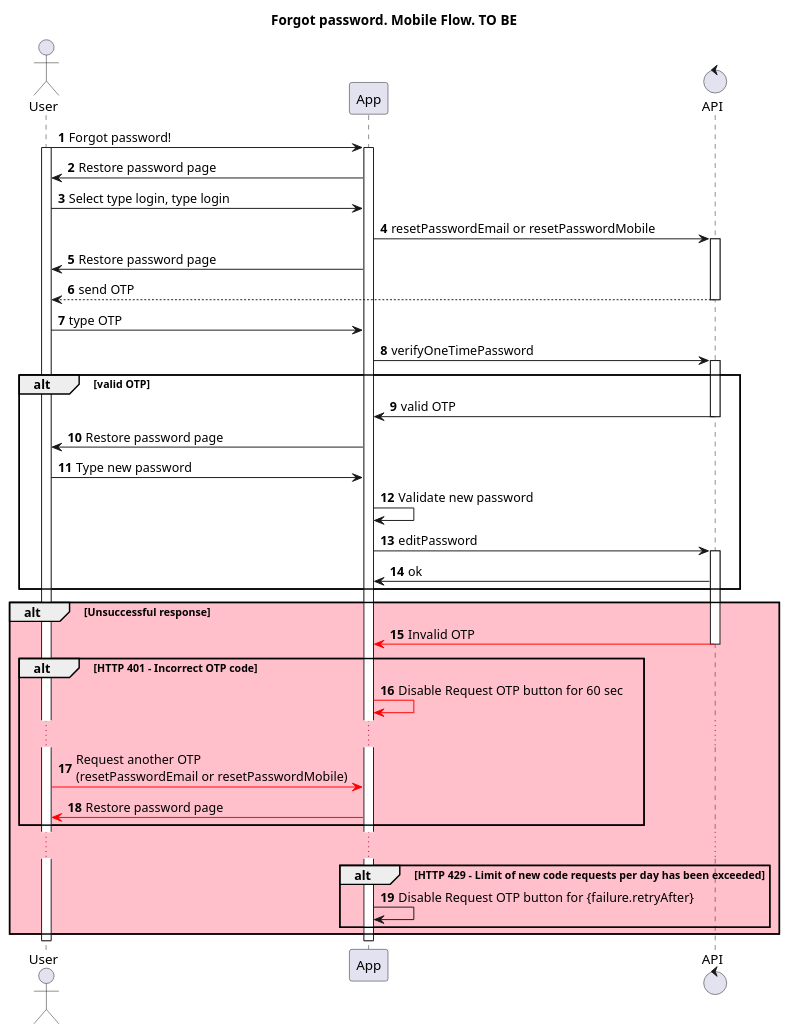
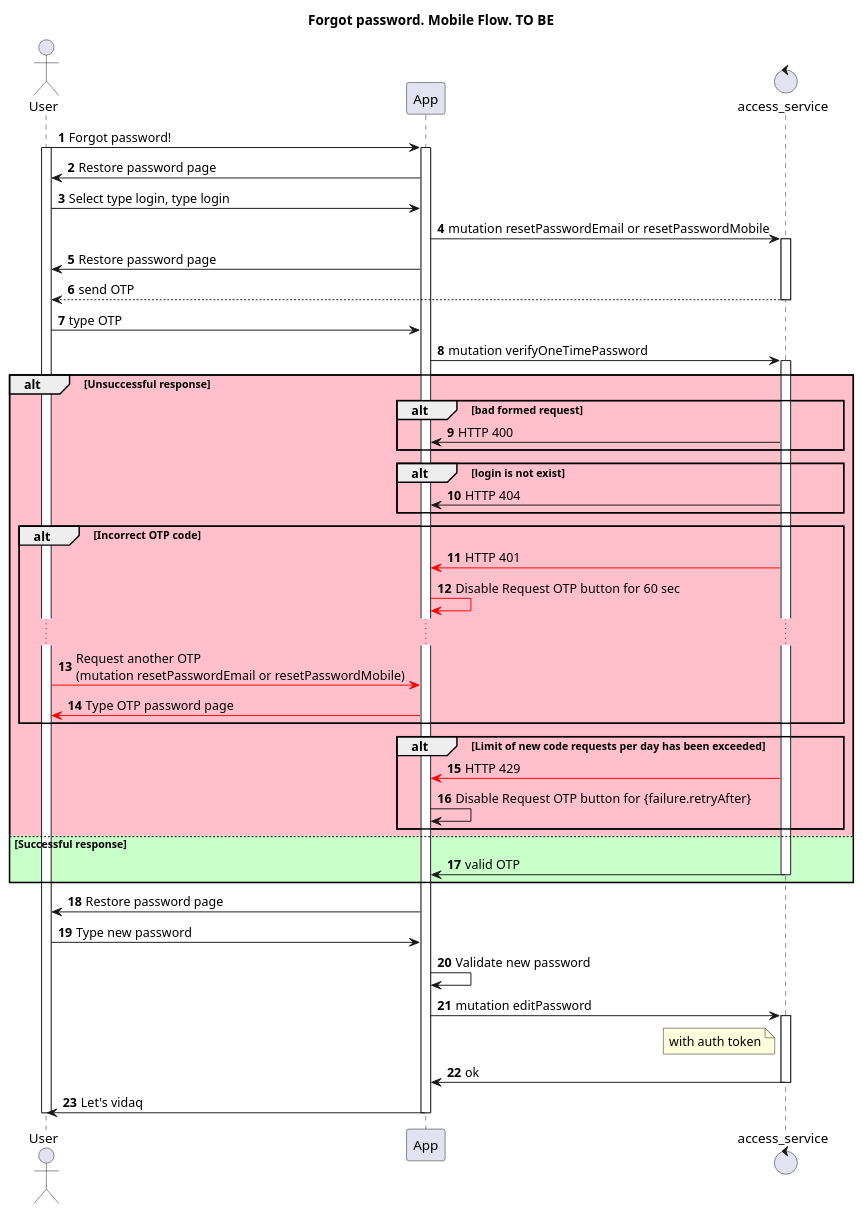
One commit to algruwork/work changed the diagram in schemas/fogotPasswordToBe.puml. Above: the diagram before and after it, drawn with PlantUML. The commit also changed 1 other file, not shown here.

Commit message:
simplify registration_flow_to_be.puml and fogotPasswordToBe.puml

```diff
--- a/schemas/fogotPasswordToBe.puml
+++ b/schemas/fogotPasswordToBe.puml
@@ -1,53 +1,69 @@
 @startuml
 actor User as U
 participant App as A
-control API as B
+control access_service as B
 
 title "Forgot password. Mobile Flow. TO BE"
 autonumber
 U -> A: Forgot password!
 activate U
 activate A
 
 A -> U: Restore password page
 
 U -> A: Select type login, type login
-A -> B: resetPasswordEmail or resetPasswordMobile
+A -> B: mutation resetPasswordEmail or resetPasswordMobile
 activate B
 A -> U: Restore password page
 
 B --> U: send OTP
 deactivate B
 
 U -> A: type OTP
-A -> B: verifyOneTimePassword
+A -> B: mutation verifyOneTimePassword
 activate B
-alt valid OTP
+
+alt #Pink Unsuccessful response
+
+alt #Pink bad formed request
+A <- B: HTTP 400
+end
+
+alt #Pink login is not exist
+A <- B: HTTP 404
+end
+
+alt #Pink Incorrect OTP code
+B [#Red]-> A: HTTP 401
+A [#Red]-> A: Disable Request OTP button for 60 sec
+...
+U [#Red]-> A: Request another OTP\n(mutation resetPasswordEmail or resetPasswordMobile)
+A [#Red]-> U:  Type OTP password page
+end
+
+alt #Pink Limit of new code requests per day has been exceeded
+B [#Red]-> A: HTTP 429
+A -> A: Disable Request OTP button for {failure.retryAfter}
+end
+else #Technology Successful response
 B -> A: valid OTP
 deactivate B
+end
+
 
 A -> U: Restore password page
 U -> A: Type new password
 A -> A: Validate new password
 
-A -> B: editPassword
+A -> B: mutation editPassword
+note left B
+with auth token
+end note
 activate B
 B -> A: ok
-end
-alt #Pink Unsuccessful response
-B [#Red]-> A: Invalid OTP
 deactivate B
-alt #Pink HTTP 401 - Incorrect OTP code
-A [#Red]-> A: Disable Request OTP button for 60 sec
-...
-U [#Red]-> A: Request another OTP\n(resetPasswordEmail or resetPasswordMobile)
-A [#Red]-> U:  Restore password page
-end
-...
-alt #Pink HTTP 429 - Limit of new code requests per day has been exceeded
-A -> A: Disable Request OTP button for {failure.retryAfter}
-end
-end
+
+A -> U: Let's vidaq
 deactivate A
 deactivate U
 @enduml
```
